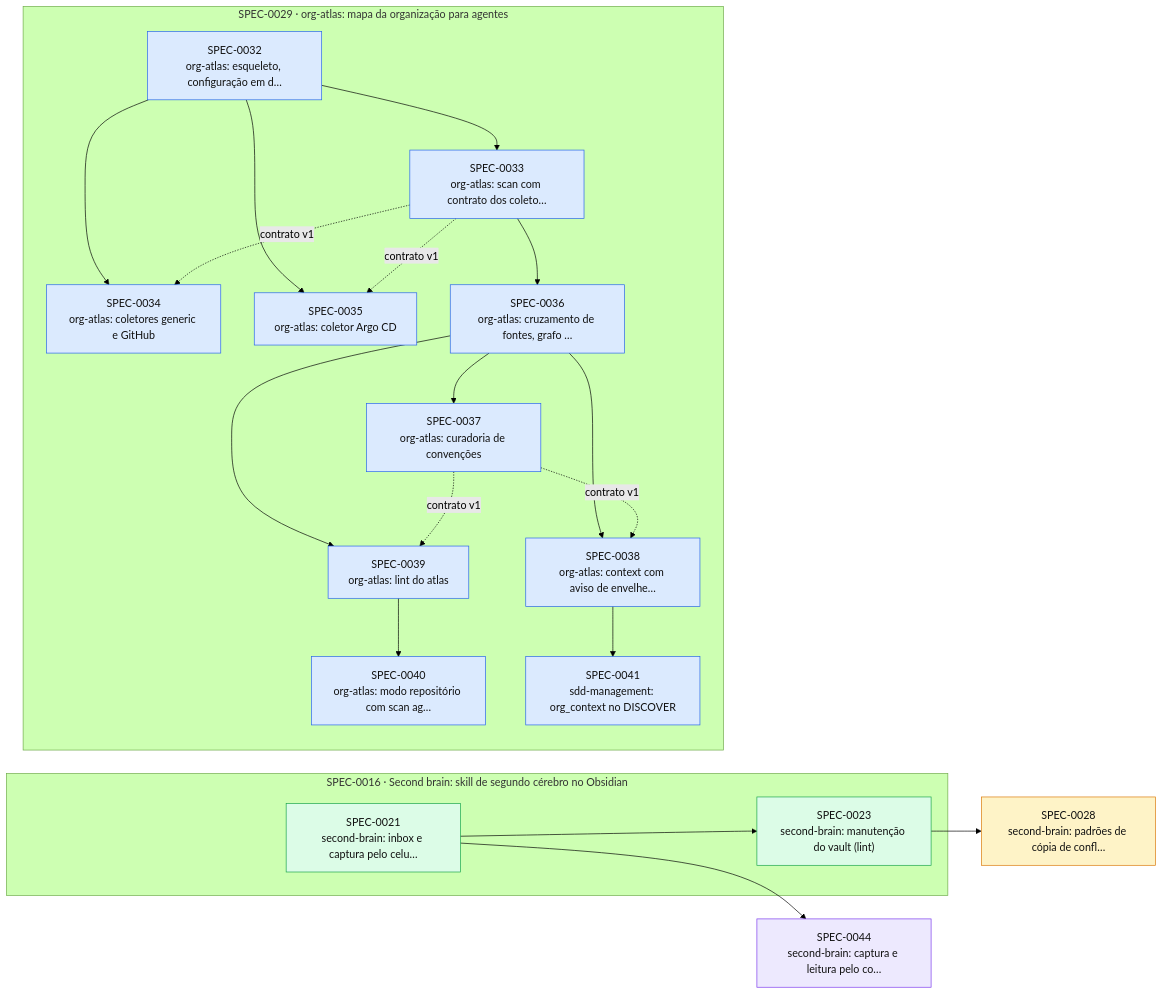
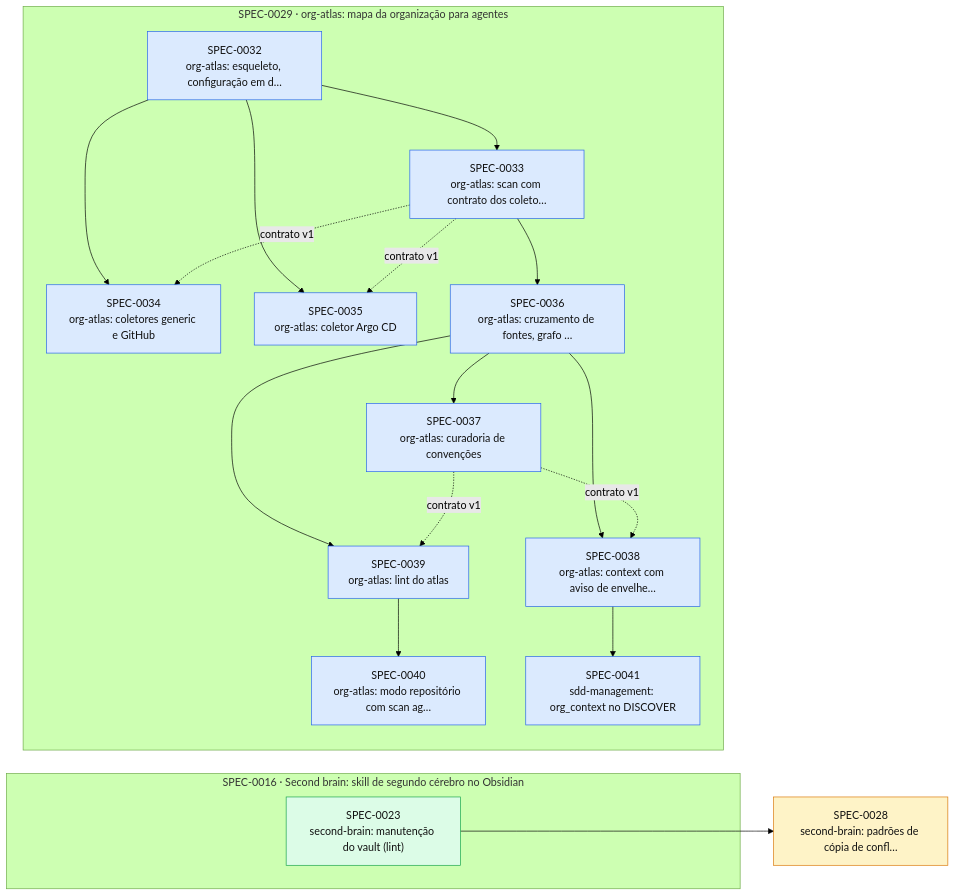
The diagram in docs/specs/INDEX.md (thomasravache/ai-dev-brain), drawn with Mermaid (forest theme) before and after one commit. The commit also changed other lines of this file and 1 other file, not shown here.

First line of the commit message:
docs(specs): G7 e fechamento da SPEC-0044

````diff
--- a/docs/specs/INDEX.md
+++ b/docs/specs/INDEX.md
@@ -59,42 +58,38 @@
 ```mermaid
 flowchart LR
   S0028["SPEC-0028<br/>second-brain: padrões de cópia de confl…"]:::proposed
-  S0044["SPEC-0044<br/>second-brain: captura e leitura pelo co…"]:::inprogress
   subgraph E0016["SPEC-0016 · Second brain: skill de segundo cérebro no Obsidian"]
-    S0021["SPEC-0021<br/>second-brain: inbox e captura pelo celu…"]:::implemented
     S0023["SPEC-0023<br/>second-brain: manutenção do vault (lint)"]:::implemented
   end
   subgraph E0029["SPEC-0029 · org-atlas: mapa da organização para agentes"]
     S0032["SPEC-0032<br/>org-atlas: esqueleto, configuração em d…"]:::approved
     S0033["SPEC-0033<br/>org-atlas: scan com contrato dos coleto…"]:::approved
     S0034["SPEC-0034<br/>org-atlas: coletores generic e GitHub"]:::approved
     S0035["SPEC-0035<br/>org-atlas: coletor Argo CD"]:::approved
     S0036["SPEC-0036<br/>org-atlas: cruzamento de fontes, grafo …"]:::approved
     S0037["SPEC-0037<br/>org-atlas: curadoria de convenções"]:::approved
     S0038["SPEC-0038<br/>org-atlas: context com aviso de envelhe…"]:::approved
     S0039["SPEC-0039<br/>org-atlas: lint do atlas"]:::approved
     S0040["SPEC-0040<br/>org-atlas: modo repositório com scan ag…"]:::approved
     S0041["SPEC-0041<br/>sdd-management: org_context no DISCOVER"]:::approved
   end
-  S0021 --> S0023
   S0023 --> S0028
   S0032 --> S0033
   S0032 --> S0034
   S0033 -. contrato v1 .-> S0034
   S0032 --> S0035
   S0033 -. contrato v1 .-> S0035
   S0033 --> S0036
   S0036 --> S0037
   S0036 --> S0038
   S0037 -. contrato v1 .-> S0038
   S0036 --> S0039
   S0037 -. contrato v1 .-> S0039
   S0039 --> S0040
   S0038 --> S0041
-  S0021 --> S0044
   classDef proposed fill:#fef3c7,stroke:#d97706,color:#111
   classDef approved fill:#dbeafe,stroke:#2563eb,color:#111
   classDef inprogress fill:#ede9fe,stroke:#7c3aed,color:#111
   classDef implemented fill:#dcfce7,stroke:#16a34a,color:#111
   classDef deprecated fill:#f3f4f6,stroke:#9ca3af,color:#6b7280
 ```
````
